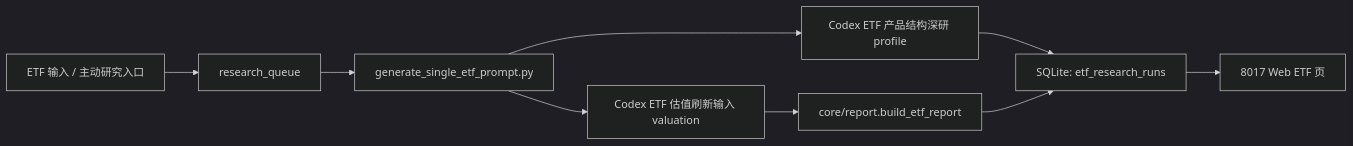
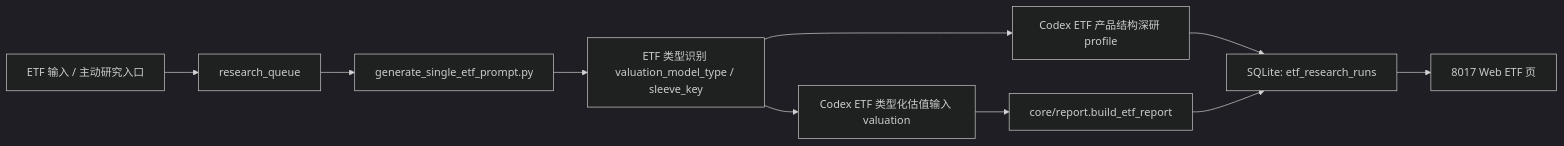
One commit to imherro/MyInvestETF changed the diagram in docs/ARCHITECTURE.md. Above: the diagram before and after it, drawn with Mermaid (dark theme). The commit also changed other lines of this file and 20 other files, not shown here.

Commit message:
Add type-aware ETF valuation workflow

````diff
--- a/docs/ARCHITECTURE.md
+++ b/docs/ARCHITECTURE.md
@@ -17,11 +18,12 @@
 ```mermaid
 flowchart LR
   A["ETF 输入 / 主动研究入口"] --> B["research_queue"]
   B --> C["generate_single_etf_prompt.py"]
-  C --> D1["Codex ETF 产品结构深研 profile"]
-  C --> D2["Codex ETF 估值刷新输入 valuation"]
+  C --> D0["ETF 类型识别 valuation_model_type / sleeve_key"]
+  D0 --> D1["Codex ETF 产品结构深研 profile"]
+  D0 --> D2["Codex ETF 类型化估值输入 valuation"]
   D1 --> E["SQLite: etf_research_runs"]
   D2 --> F["core/report.build_etf_report"]
   F --> E
   E --> G["8017 Web ETF 页"]
 ```
````
